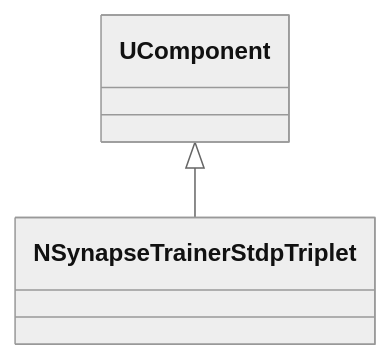
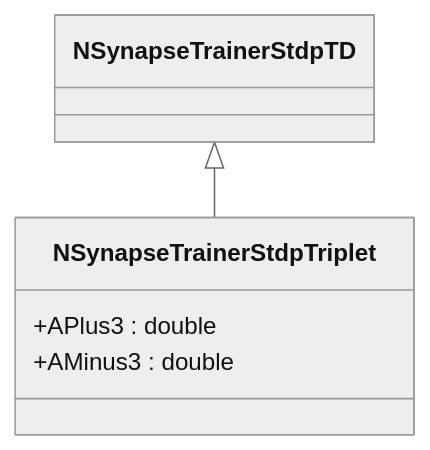
The second of 2 diagrams in Docs/Components/NSynapseTrainerStdpTriplet.md (aicommunity/Nmsdk-PulseLib), drawn with Mermaid (neutral theme) before and after one commit. The commit also changed other lines of this file and 196 other files, not shown here.

````diff
--- a/Docs/Components/NSynapseTrainerStdpTriplet.md
+++ b/Docs/Components/NSynapseTrainerStdpTriplet.md
@@ -69,4 +66,8 @@
 ```mermaid
 classDiagram
-    UComponent <|-- NSynapseTrainerStdpTriplet
+    NSynapseTrainerStdpTD <|-- NSynapseTrainerStdpTriplet
+    class NSynapseTrainerStdpTriplet {
+        +APlus3 : double
+        +AMinus3 : double
+    }
 ```
````
